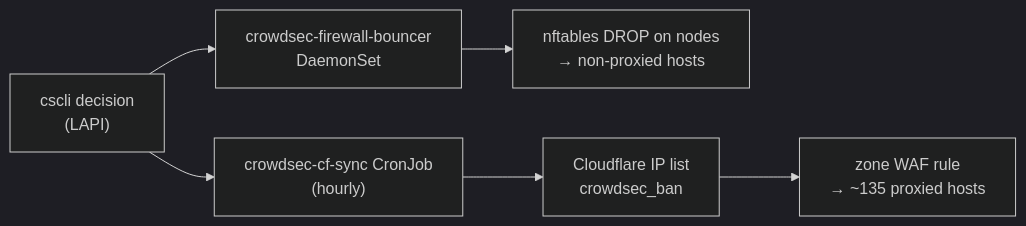
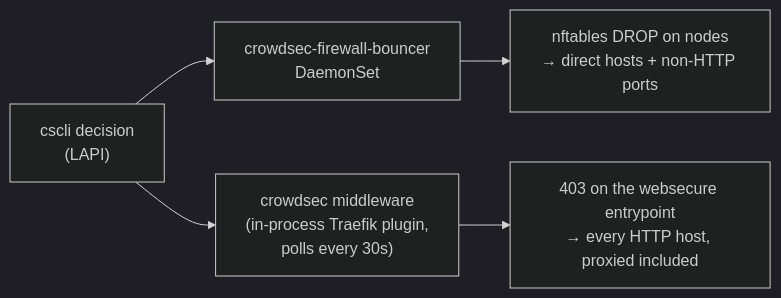
The diagram in docs/runbooks/crowdsec-manual-bans.md (ViktorBarzin/infra), drawn with Mermaid (dark theme) before and after one commit. The commit also changed other lines of this file and 5 other files, not shown here.

````diff
--- a/docs/runbooks/crowdsec-manual-bans.md
+++ b/docs/runbooks/crowdsec-manual-bans.md
@@ -22,8 +22,7 @@
 ```mermaid
 flowchart LR
   A["cscli decision<br/>(LAPI)"] --> B["crowdsec-firewall-bouncer<br/>DaemonSet"]
-  A --> C["crowdsec-cf-sync CronJob<br/>(hourly)"]
-  B --> D["nftables DROP on nodes<br/>→ non-proxied hosts"]
-  C --> E["Cloudflare IP list<br/>crowdsec_ban"]
-  E --> F["zone WAF rule<br/>→ ~135 proxied hosts"]
+  A --> C["crowdsec middleware<br/>(in-process Traefik plugin,<br/>polls every 30s)"]
+  B --> D["nftables DROP on nodes<br/>→ direct hosts + non-HTTP ports"]
+  C --> E["403 on the websecure entrypoint<br/>→ every HTTP host, proxied included"]
 ```
````
